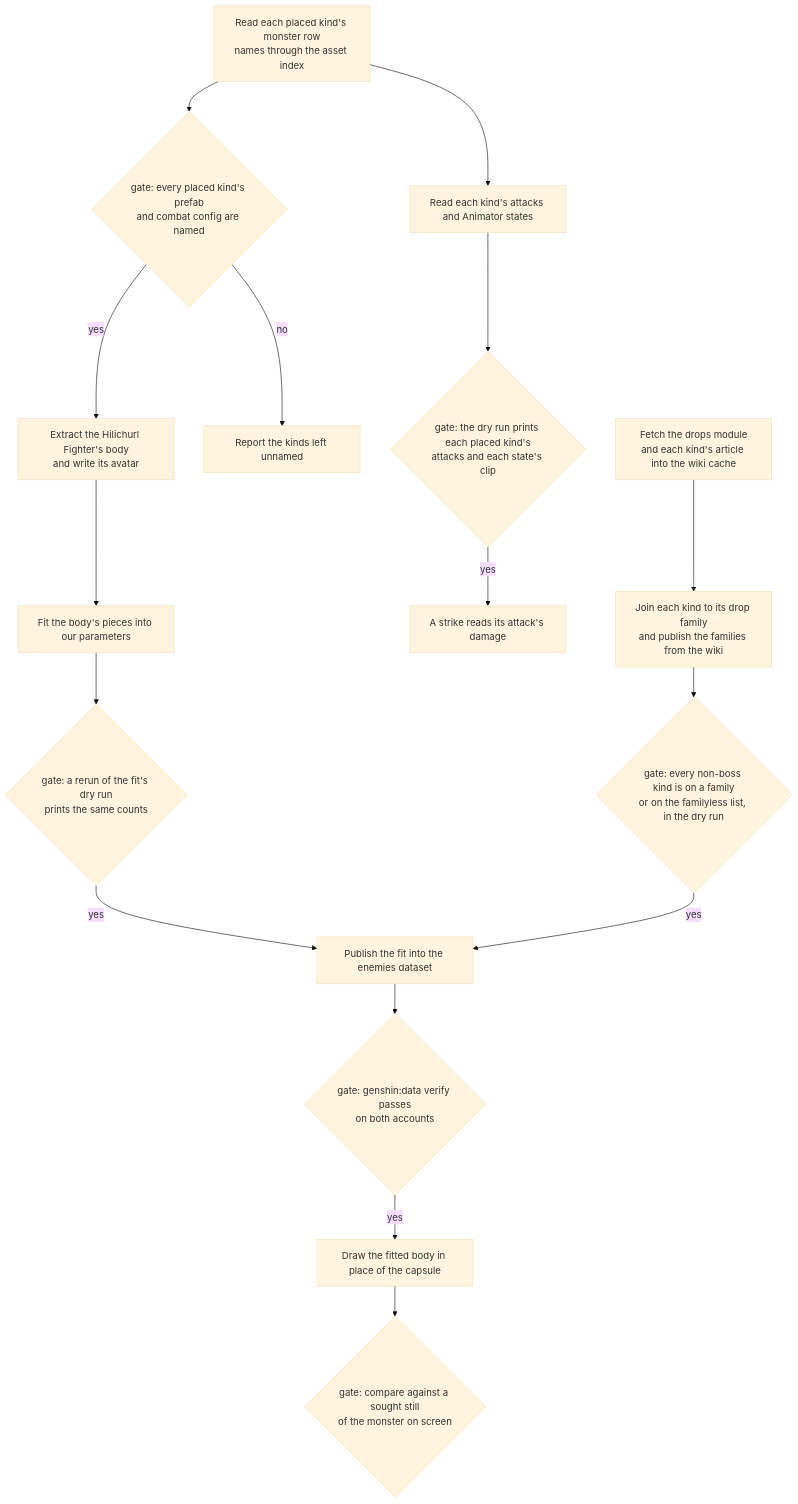
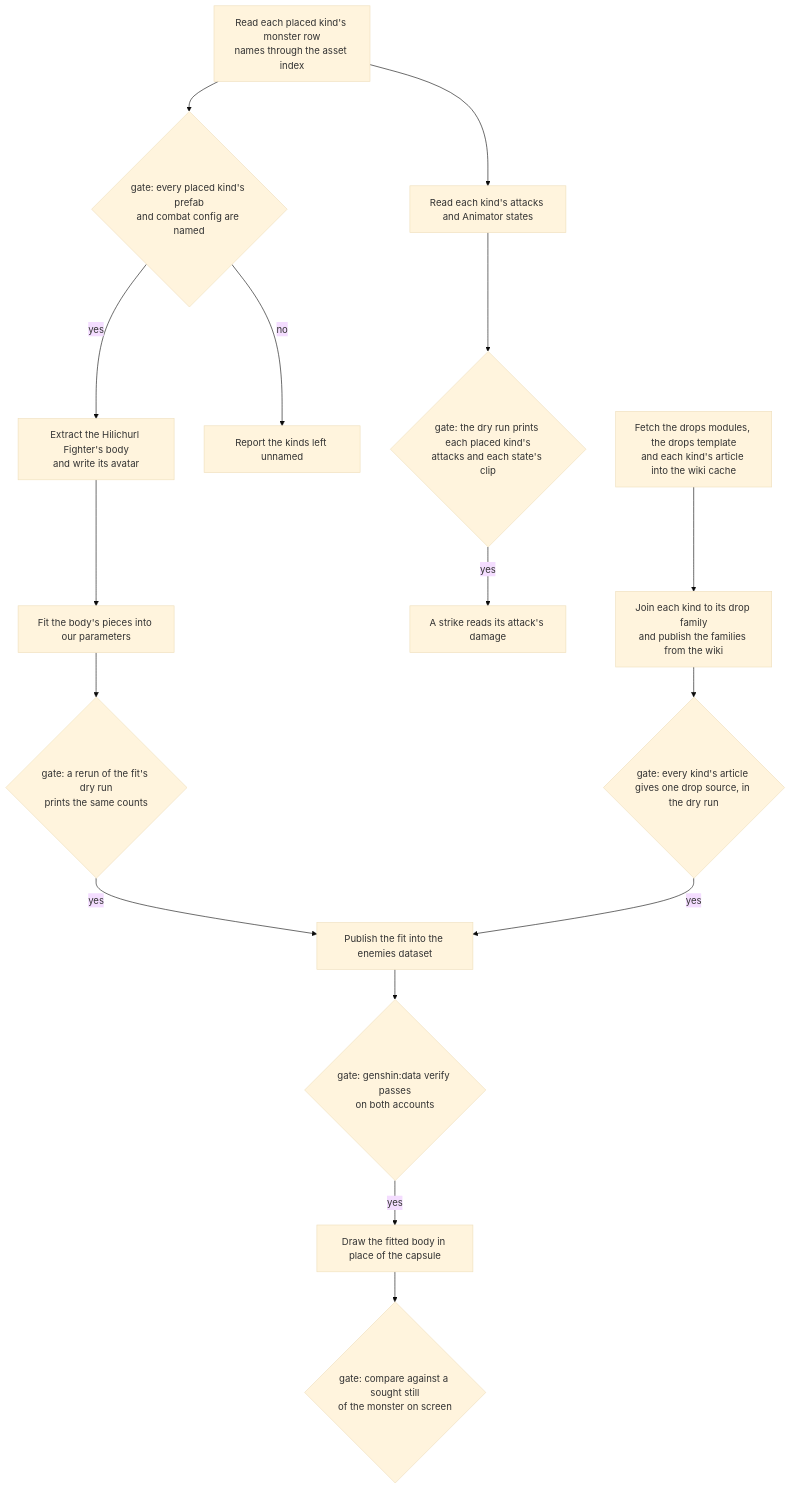
One commit to Esposter/Esposter changed the diagram in openspec/changes/genshin-assets-enemies/design.md. Above: the diagram before and after it, drawn with Mermaid (base theme). The commit also changed other lines of this file and 26 other files, not shown here.

First line of the commit message:
feat(genshin): each enemy kind's drop source is classified from its wiki article, and a Drops template's materials come with it

````diff
--- a/openspec/changes/genshin-assets-enemies/design.md
+++ b/openspec/changes/genshin-assets-enemies/design.md
@@ -9,18 +9,18 @@
 ```mermaid
 flowchart TD
   ROWS["Read each placed kind's monster row<br/>names through the asset index"] --> NAMED{"gate: every placed kind's prefab<br/>and combat config are named"}
   NAMED -->|"yes"| BODY["Extract the Hilichurl Fighter's body<br/>and write its avatar"]
   NAMED -->|"no"| REPORT["Report the kinds left unnamed"]
   BODY --> FIT["Fit the body's pieces into our parameters"]
   FIT --> FITGATE{"gate: a rerun of the fit's dry run<br/>prints the same counts"}
   FITGATE -->|"yes"| PUB["Publish the fit into the enemies dataset"]
   PUB --> VERIFY{"gate: genshin:data verify passes<br/>on both accounts"}
   VERIFY -->|"yes"| DRAW["Draw the fitted body in place of the capsule"]
   DRAW --> CHECK{"gate: compare against a sought still<br/>of the monster on screen"}
   ROWS --> ATT["Read each kind's attacks and Animator states"]
   ATT --> ATTGATE{"gate: the dry run prints each placed kind's<br/>attacks and each state's clip"}
   ATTGATE -->|"yes"| STRIKE["A strike reads its attack's damage"]
-  WIKI["Fetch the drops module<br/>and each kind's article into the wiki cache"] --> DROPS["Join each kind to its drop family<br/>and publish the families from the wiki"]
-  DROPS --> DROPGATE{"gate: every non-boss kind is on a family<br/>or on the familyless list, in the dry run"}
+  WIKI["Fetch the drops modules, the drops template<br/>and each kind's article into the wiki cache"] --> DROPS["Join each kind to its drop family<br/>and publish the families from the wiki"]
+  DROPS --> DROPGATE{"gate: every kind's article gives one drop source, in the dry run"}
   DROPGATE -->|"yes"| PUB
 ```
````
